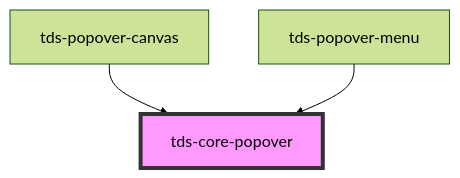
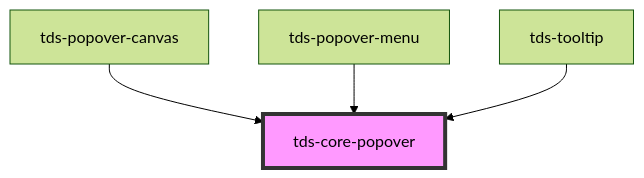
One commit to scania-digital-design-system/tegel changed the diagram in core/src/components/core-popover/readme.md. Above: the diagram before and after it, drawn with Mermaid (forest theme). The commit also changed other lines of this file and 6 other files, not shown here.

````diff
--- a/core/src/components/core-popover/readme.md
+++ b/core/src/components/core-popover/readme.md
@@ -29,6 +31,7 @@
 ```mermaid
 graph TD;
   tds-popover-canvas --> tds-core-popover
   tds-popover-menu --> tds-core-popover
+  tds-tooltip --> tds-core-popover
   style tds-core-popover fill:#f9f,stroke:#333,stroke-width:4px
 ```
````
